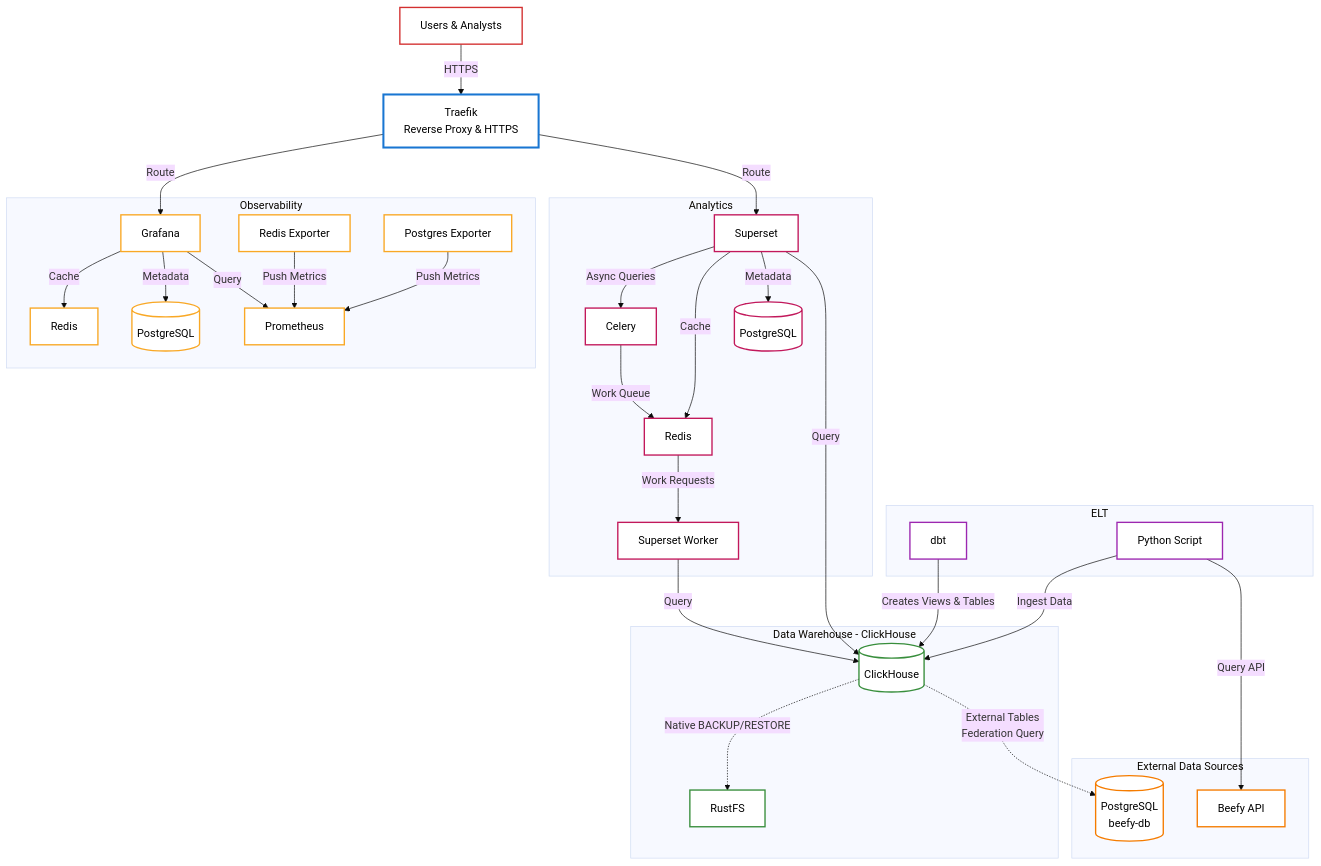
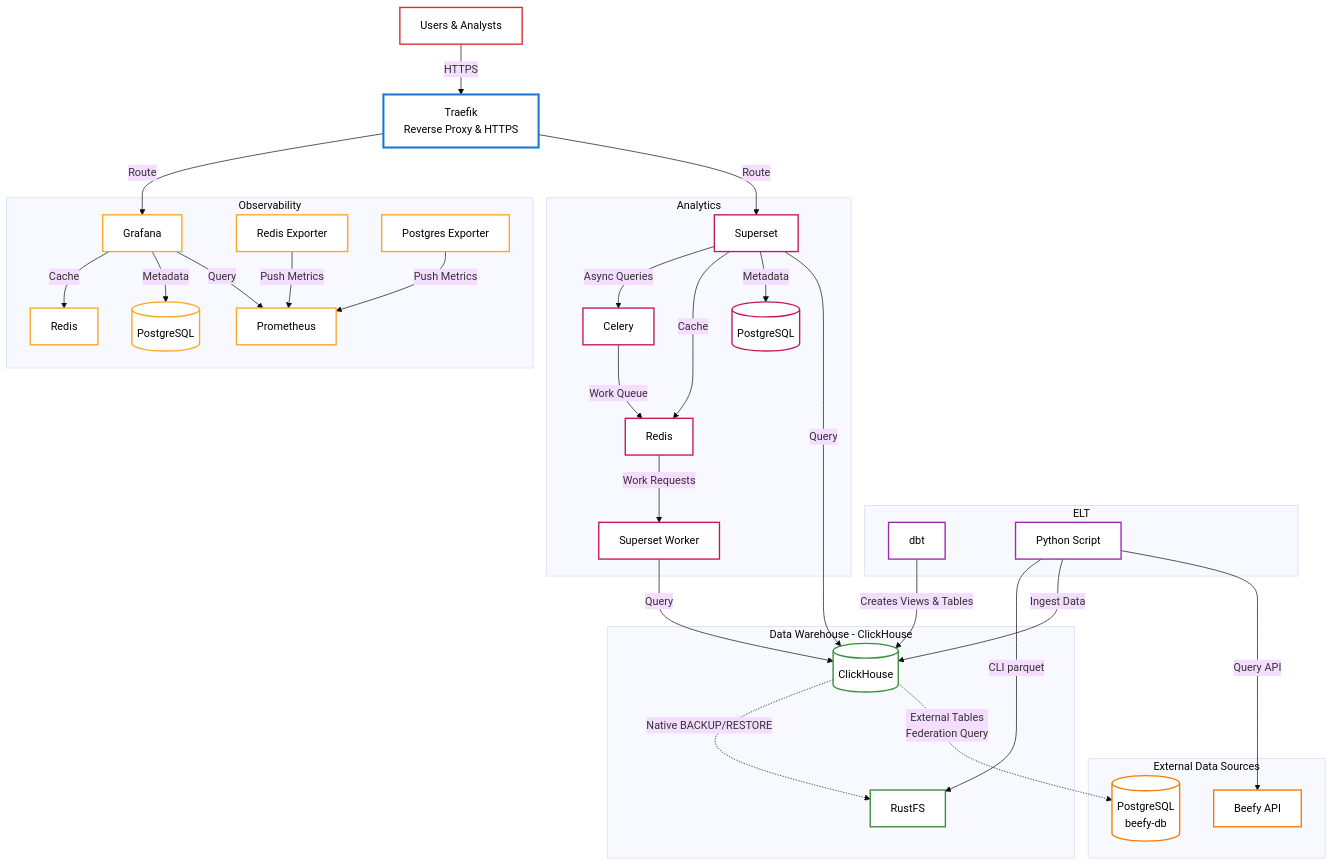
One commit to beefyfinance/beefy-databarn changed the first of 2 diagrams in README.md. Above: the diagram before and after it, drawn with Mermaid (base theme). The commit also changed other lines of this file and 24 other files, not shown here.

```diff
--- a/README.md
+++ b/README.md
@@ -72,6 +72,7 @@
     CH -.->|Native BACKUP/RESTORE| RUSTFS
     PYTHON -->|Query API| BEEFY_API
     PYTHON -->|Ingest Data| CH
+    PYTHON -->|CLI parquet| RUSTFS
     
     %% dbt Flow
     DBT -->|Creates Views & Tables| CH
```
